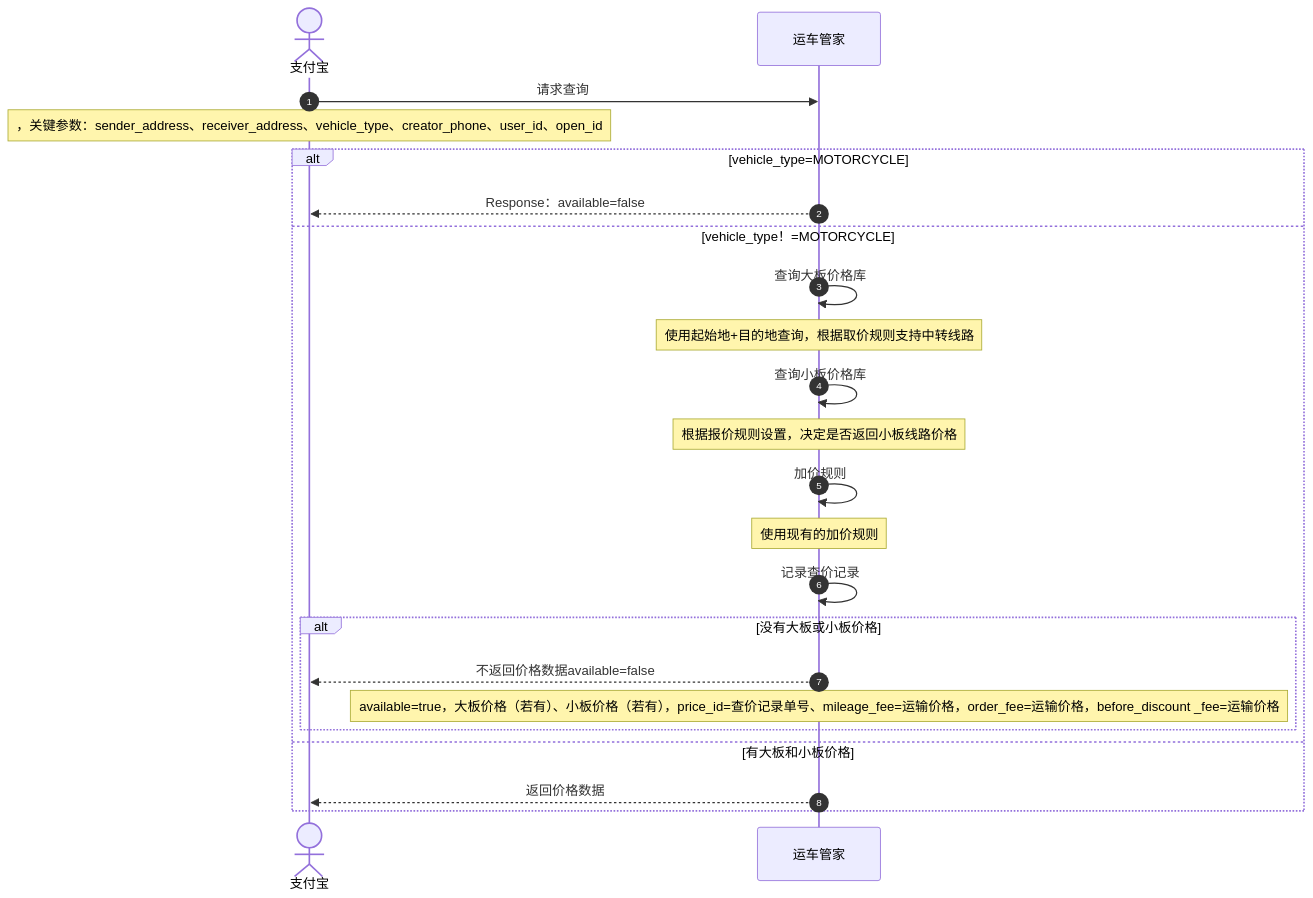
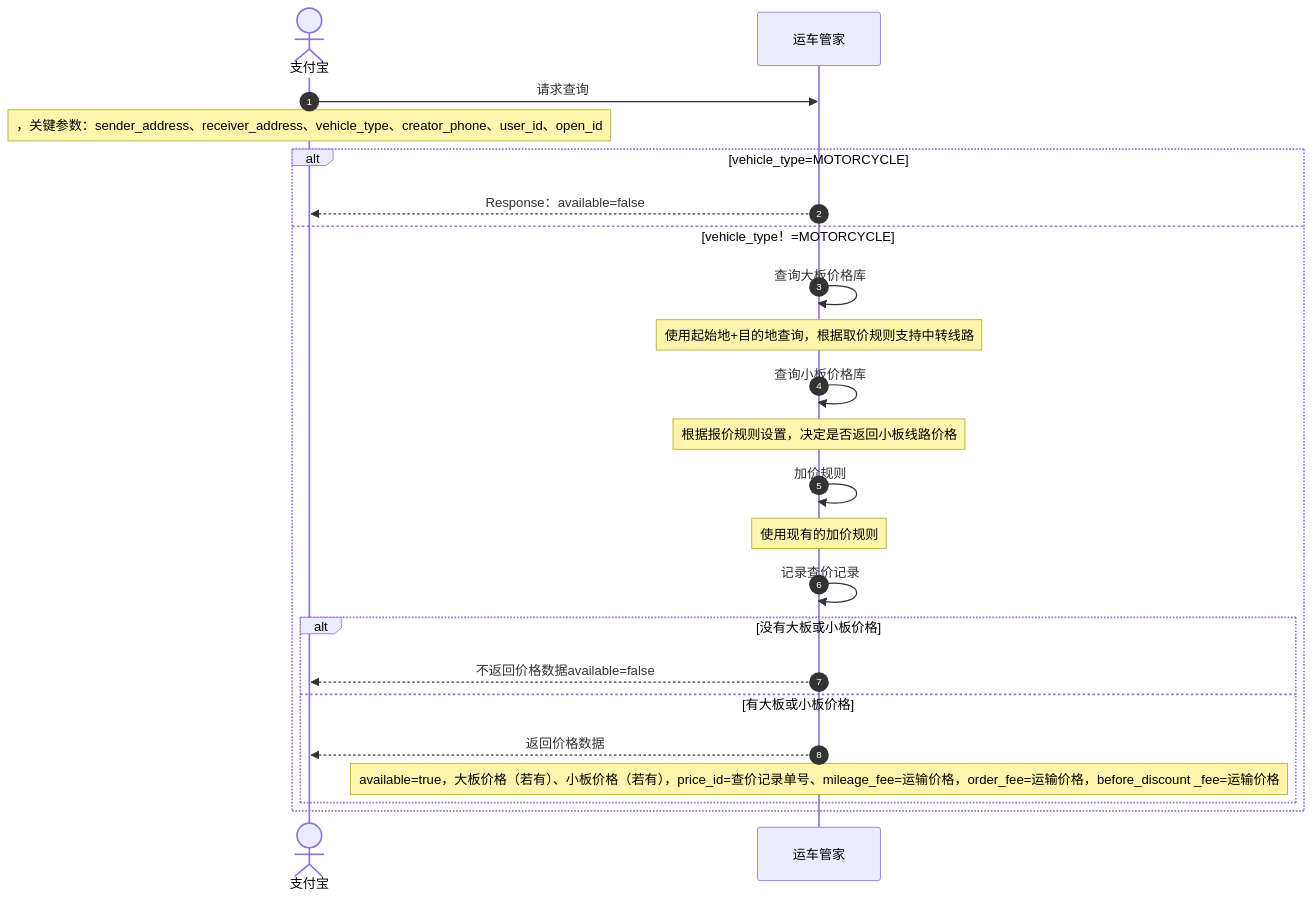
One commit to pingpm/mermaid_vault changed the diagram in mmd/运价查询接口_b66f33fe-f22a-4010-b0a8-42139f03c121.mmd. Above: the diagram before and after it, drawn with Mermaid. The commit also changed 3 other files, not shown here.

Commit message:
Sync Mermaid Studio data (17 diagrams)

```diff
--- a/mmd/运价查询接口_b66f33fe-f22a-4010-b0a8-42139f03c121.mmd
+++ b/mmd/运价查询接口_b66f33fe-f22a-4010-b0a8-42139f03c121.mmd
@@ -1,23 +1,23 @@
 sequenceDiagram
   autonumber
   actor p0 as 支付宝
   participant p1 as 运车管家
   p0->>p1: 请求查询
   Note over p0: ，关键参数：sender_address、receiver_address、vehicle_type、creator_phone、user_id、open_id
   alt vehicle_type=MOTORCYCLE
   p1-->>p0: Response：available=false
   else vehicle_type！=MOTORCYCLE
   p1->>p1: 查询大板价格库
   Note over p1: 使用起始地+目的地查询，根据取价规则支持中转线路
   p1->>p1: 查询小板价格库
   Note over p1: 根据报价规则设置，决定是否返回小板线路价格
   p1->>p1: 加价规则
   Note over p1: 使用现有的加价规则
   p1->>p1: 记录查价记录
   alt 没有大板或小板价格
   p1-->>p0: 不返回价格数据available=false
+  else 有大板或小板价格
+  p1-->>p0: 返回价格数据
   Note over p1: available=true，大板价格（若有）、小板价格（若有），price_id=查价记录单号、mileage_fee=运输价格，order_fee=运输价格，before_discount _fee=运输价格
   end
-  else 有大板和小板价格
-  p1-->>p0: 返回价格数据
   end
```
